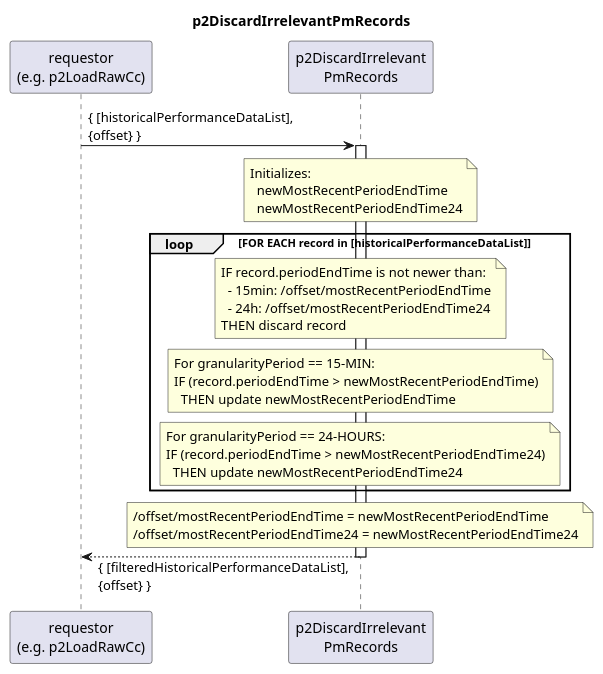
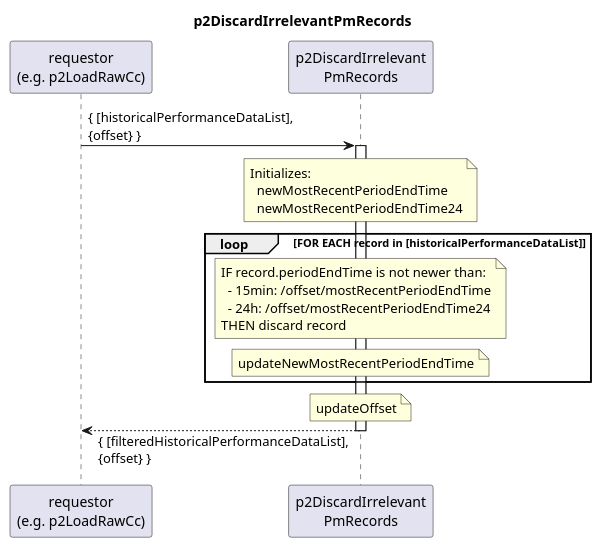
Before and after one commit to openBackhaul/DevicePerformanceManagementDataProcessor: the diagram in spec/Functions/p1StreamPmData/p2ProcessDevice/p2LoadRawCc/p2DiscardIrrelevantPmRecords/1.0.0/p2DiscardIrrelevantPmRecords.plantuml, drawn with PlantUML. The commit also changed 14 other files, not shown here.

```diff
--- a/spec/Functions/p1StreamPmData/p2ProcessDevice/p2LoadRawCc/p2DiscardIrrelevantPmRecords/1.0.0/p2DiscardIrrelevantPmRecords.plantuml
+++ b/spec/Functions/p1StreamPmData/p2ProcessDevice/p2LoadRawCc/p2DiscardIrrelevantPmRecords/1.0.0/p2DiscardIrrelevantPmRecords.plantuml
@@ -1,54 +1,45 @@
 @startuml p2DiscardIrrelevantPmRecords
 skinparam responseMessageBelowArrow true
 
 title
   p2DiscardIrrelevantPmRecords
 end title
 
 participant "requestor\n(e.g. p2LoadRawCc)" as requestor
 participant "p2DiscardIrrelevant\nPmRecords" as cur
 
 
 requestor -> cur: { [historicalPerformanceDataList],\n{offset} }
 activate cur
 
   note over cur
     Initializes:
       newMostRecentPeriodEndTime
       newMostRecentPeriodEndTime24
   end note
 
 
 loop FOR EACH record in [historicalPerformanceDataList]
 
   note over cur
     IF record.periodEndTime is not newer than:
       - 15min: /offset/mostRecentPeriodEndTime
       - 24h: /offset/mostRecentPeriodEndTime24
     THEN discard record
   end note
 
   note over cur
-    For granularityPeriod == 15-MIN:
-    IF (record.periodEndTime > newMostRecentPeriodEndTime)
-      THEN update newMostRecentPeriodEndTime
-  end note
-
-  note over cur
-    For granularityPeriod == 24-HOURS:
-    IF (record.periodEndTime > newMostRecentPeriodEndTime24)
-      THEN update newMostRecentPeriodEndTime24
+    updateNewMostRecentPeriodEndTime
   end note
 
 end loop
 
 note over cur
-  /offset/mostRecentPeriodEndTime = newMostRecentPeriodEndTime
-  /offset/mostRecentPeriodEndTime24 = newMostRecentPeriodEndTime24
+  updateOffset
 end note
 
 requestor <-- cur: { [filteredHistoricalPerformanceDataList],\n{offset} }
 
 deactivate cur
 
 @enduml
```
